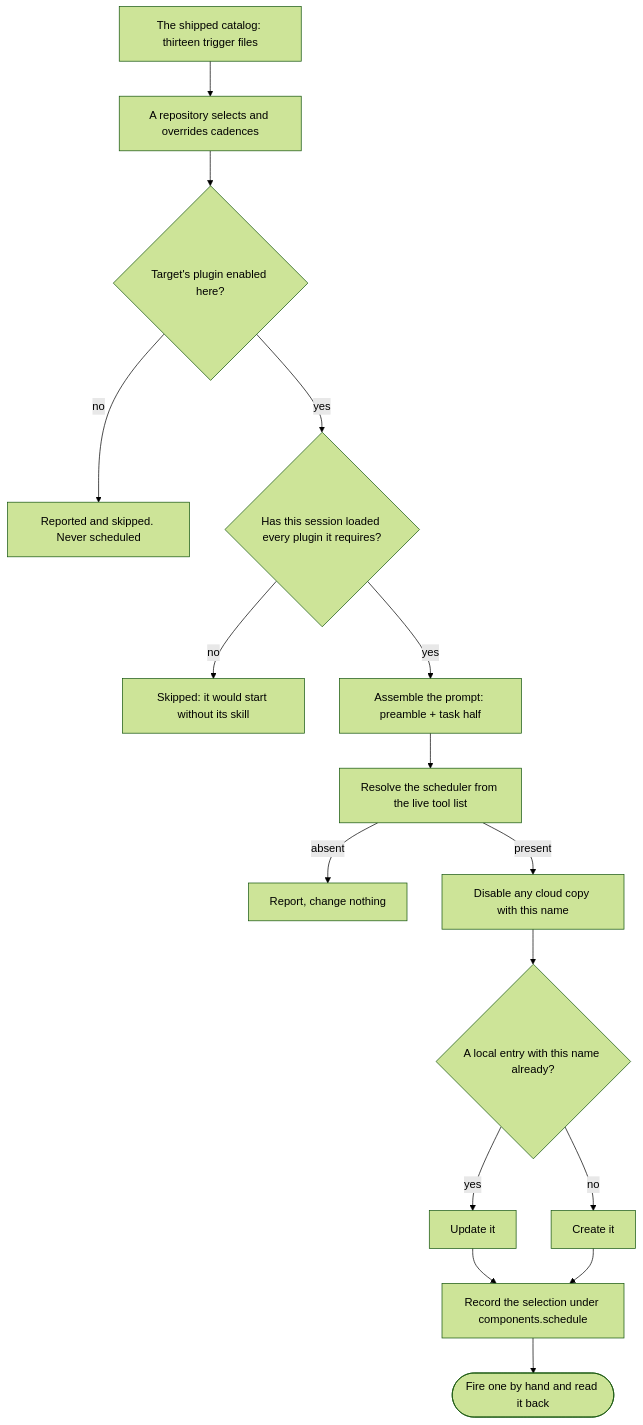
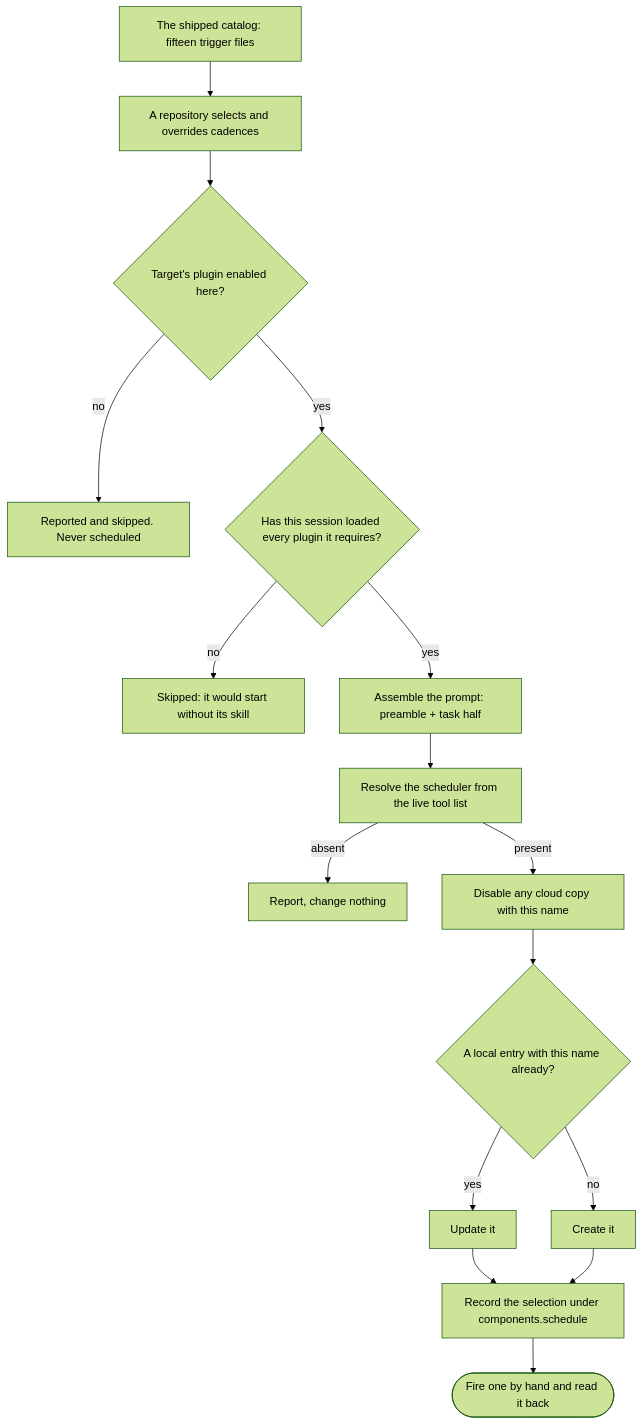
The second of 2 diagrams in .devbook/arc42/building-blocks/delivery-schedule.md (JSdotNet/devbook), drawn with Mermaid (forest theme) before and after one commit. The commit also changed other lines of this file and 5 other files, not shown here.

````diff
--- a/.devbook/arc42/building-blocks/delivery-schedule.md
+++ b/.devbook/arc42/building-blocks/delivery-schedule.md
@@ -340,18 +320,18 @@
 ```mermaid
 flowchart TD
-    catalog["The shipped catalog: thirteen trigger files"] --> select["A repository selects and overrides cadences"]
+    catalog["The shipped catalog: fifteen trigger files"] --> select["A repository selects and overrides cadences"]
     select --> enabled{"Target's plugin enabled here?"}
     enabled -->|no| skipped["Reported and skipped. Never scheduled"]
     enabled -->|yes| loaded{"Has this session loaded every plugin it requires?"}
     loaded -->|no| refused["Skipped: it would start without its skill"]
     loaded -->|yes| assemble["Assemble the prompt: preamble + task half"]
     assemble --> resolve["Resolve the scheduler from the live tool list"]
     resolve -->|absent| noop["Report, change nothing"]
     resolve -->|present| retire["Disable any cloud copy with this name"]
     retire --> match{"A local entry with this name already?"}
     match -->|yes| update["Update it"]
     match -->|no| create["Create it"]
     update --> stamp["Record the selection under components.schedule"]
     create --> stamp
     stamp --> prove(["Fire one by hand and read it back"])
 ```
````
